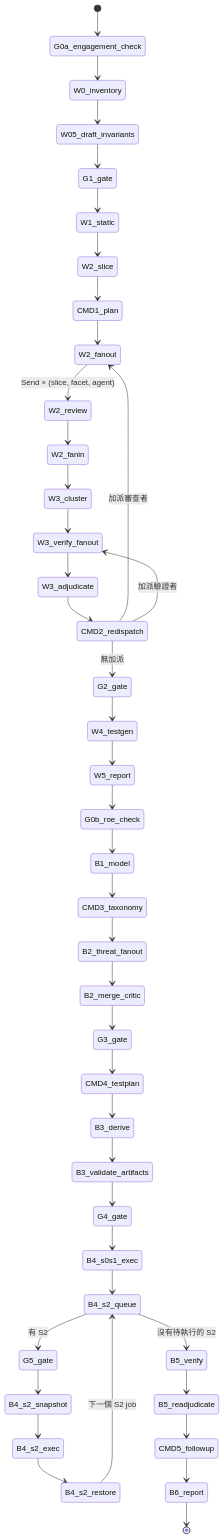
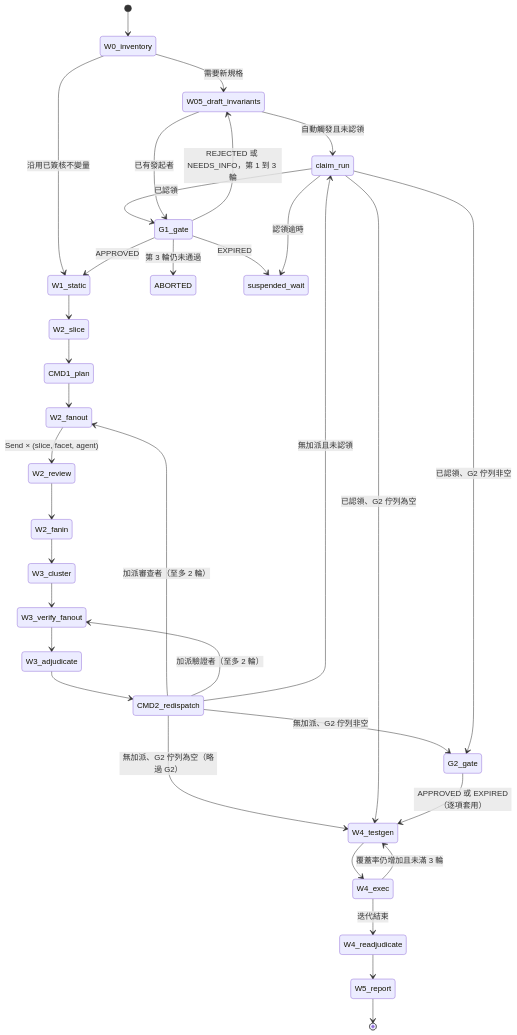
Before and after one commit to chinchiang/VibeCheckHarness: the fourth of 10 diagrams in docs/03-system-architecture.md, drawn with Mermaid. The commit also changed other lines of this file and 132 other files, not shown here.

````diff
--- a/docs/03-system-architecture.md
+++ b/docs/03-system-architecture.md
@@ -192,44 +469,36 @@
 ```mermaid
 stateDiagram-v2
-  [*] --> G0a_engagement_check
-  G0a_engagement_check --> W0_inventory
-  W0_inventory --> W05_draft_invariants
-  W05_draft_invariants --> G1_gate
-  G1_gate --> W1_static
+  [*] --> W0_inventory
+  W0_inventory --> W05_draft_invariants: 需要新規格
+  W0_inventory --> W1_static: 沿用已簽核不變量
+  W05_draft_invariants --> claim_run: 自動觸發且未認領
+  claim_run --> G1_gate: 已認領
+  W05_draft_invariants --> G1_gate: 已有發起者
+  G1_gate --> W1_static: APPROVED
+  G1_gate --> W05_draft_invariants: REJECTED 或 NEEDS_INFO，第 1 到 3 輪
+  G1_gate --> ABORTED: 第 3 輪仍未通過
+  G1_gate --> suspended_wait: EXPIRED
   W1_static --> W2_slice
   W2_slice --> CMD1_plan
   CMD1_plan --> W2_fanout
   W2_fanout --> W2_review: Send × (slice, facet, agent)
   W2_review --> W2_fanin
   W2_fanin --> W3_cluster
   W3_cluster --> W3_verify_fanout
   W3_verify_fanout --> W3_adjudicate
   W3_adjudicate --> CMD2_redispatch
-  CMD2_redispatch --> W2_fanout: 加派審查者
-  CMD2_redispatch --> W3_verify_fanout: 加派驗證者
-  CMD2_redispatch --> G2_gate: 無加派
-  G2_gate --> W4_testgen
-  W4_testgen --> W5_report
-  W5_report --> G0b_roe_check
-  G0b_roe_check --> B1_model
-  B1_model --> CMD3_taxonomy
-  CMD3_taxonomy --> B2_threat_fanout
-  B2_threat_fanout --> B2_merge_critic
-  B2_merge_critic --> G3_gate
-  G3_gate --> CMD4_testplan
-  CMD4_testplan --> B3_derive
-  B3_derive --> B3_validate_artifacts
-  B3_validate_artifacts --> G4_gate
-  G4_gate --> B4_s0s1_exec
-  B4_s0s1_exec --> B4_s2_queue
-  B4_s2_queue --> G5_gate: 有 S2
-  G5_gate --> B4_s2_snapshot
-  B4_s2_snapshot --> B4_s2_exec
-  B4_s2_exec --> B4_s2_restore
-  B4_s2_restore --> B4_s2_queue: 下一個 S2 job
-  B4_s2_queue --> B5_verify: 沒有待執行的 S2
-  B5_verify --> B5_readjudicate
-  B5_readjudicate --> CMD5_followup
-  CMD5_followup --> B6_report
-  B6_report --> [*]
+  CMD2_redispatch --> W2_fanout: 加派審查者（至多 2 輪）
+  CMD2_redispatch --> W3_verify_fanout: 加派驗證者（至多 2 輪）
+  CMD2_redispatch --> claim_run: 無加派且未認領
+  CMD2_redispatch --> G2_gate: 無加派、G2 佇列非空
+  CMD2_redispatch --> W4_testgen: 無加派、G2 佇列為空（略過 G2）
+  claim_run --> G2_gate: 已認領、G2 佇列非空
+  claim_run --> W4_testgen: 已認領、G2 佇列為空
+  claim_run --> suspended_wait: 認領逾時
+  G2_gate --> W4_testgen: APPROVED 或 EXPIRED（逐項套用）
+  W4_testgen --> W4_exec
+  W4_exec --> W4_testgen: 覆蓋率仍增加且未滿 3 輪
+  W4_exec --> W4_readjudicate: 迭代結束
+  W4_readjudicate --> W5_report
+  W5_report --> [*]
 ```
````
